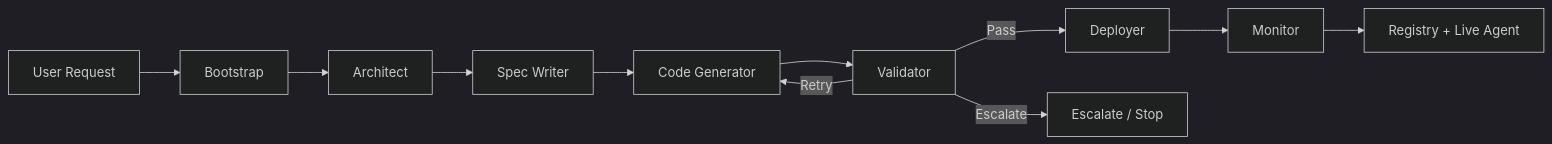
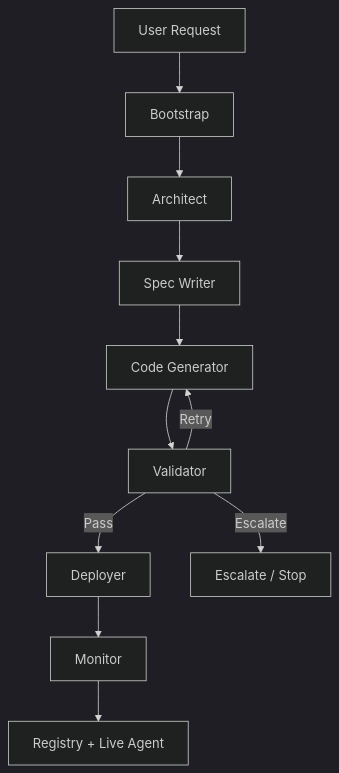
The first of 3 diagrams in README.md (hishamcse/Nexus-Agentic-OS), drawn with Mermaid (dark theme) before and after one commit. The commit also changed other lines of this file, not shown here.

````diff
--- a/README.md
+++ b/README.md
@@ -105,13 +105,13 @@
 ```mermaid
-flowchart LR
+flowchart TD
     U["User Request"] --> B["Bootstrap"]
     B --> A["Architect"]
     A --> S["Spec Writer"]
     S --> C["Code Generator"]
     C --> V["Validator"]
     V -->|"Pass"| D["Deployer"]
     V -->|"Retry"| C
     V -->|"Escalate"| E["Escalate / Stop"]
     D --> M["Monitor"]
     M --> R["Registry + Live Agent"]
 ```
````
